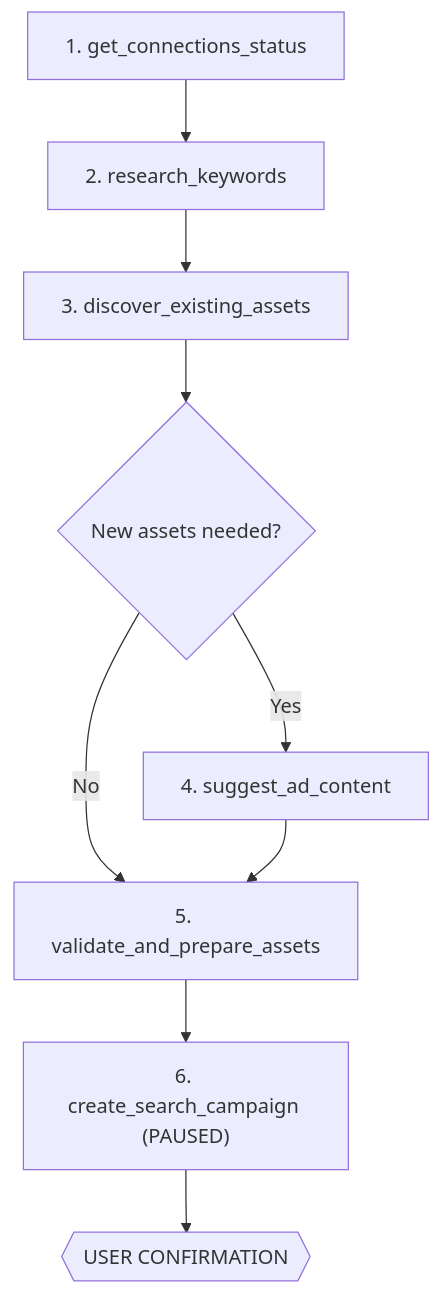
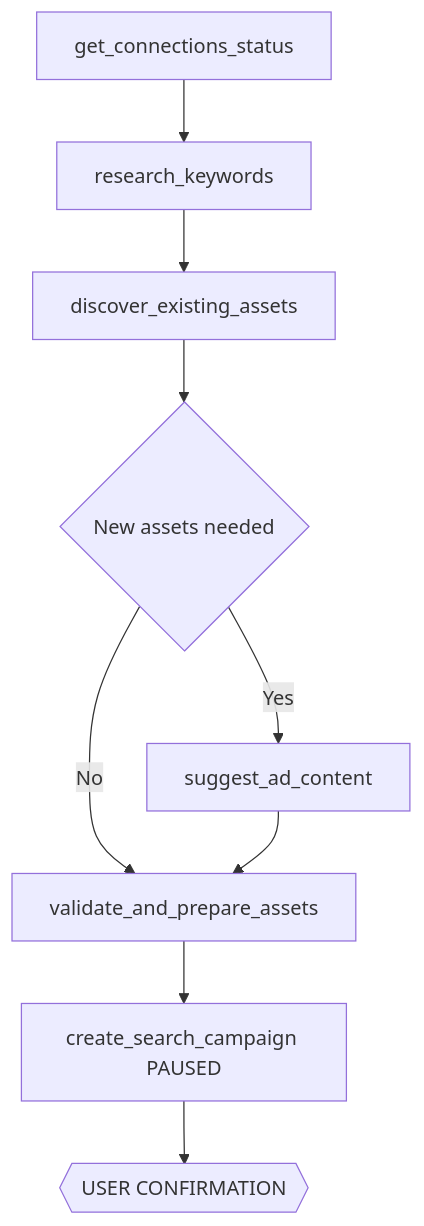
The second of 8 diagrams in agent-skills/workflows.mdx (Adspirer/docs), drawn with Mermaid before and after one commit. The commit also changed other lines of this file and 1 other file, not shown here.

First line of the commit message:
Fix Mermaid rendering: remove quotes, numbered prefixes, and special chars from node labels

````diff
--- a/agent-skills/workflows.mdx
+++ b/agent-skills/workflows.mdx
@@ -66,11 +66,11 @@
 ```mermaid
 flowchart TD
-    A["1. get_connections_status"] --> B["2. research_keywords"]
-    B --> C["3. discover_existing_assets"]
-    C --> D{"New assets needed?"}
-    D -->|Yes| E["4. suggest_ad_content"]
-    D -->|No| F["5. validate_and_prepare_assets"]
+    A[get_connections_status] --> B[research_keywords]
+    B --> C[discover_existing_assets]
+    C --> D{New assets needed}
+    D -->|Yes| E[suggest_ad_content]
+    D -->|No| F[validate_and_prepare_assets]
     E --> F
-    F --> G["6. create_search_campaign (PAUSED)"]
-    G --> H{{"USER CONFIRMATION"}}
+    F --> G[create_search_campaign PAUSED]
+    G --> H{{USER CONFIRMATION}}
 ```
````
